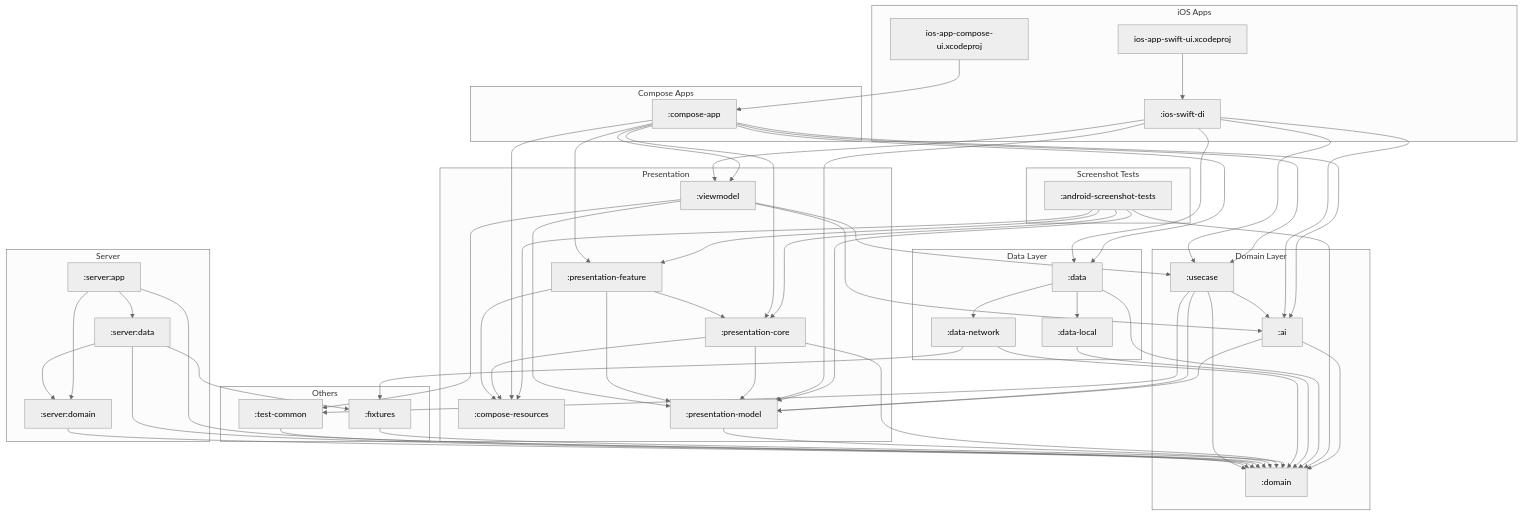
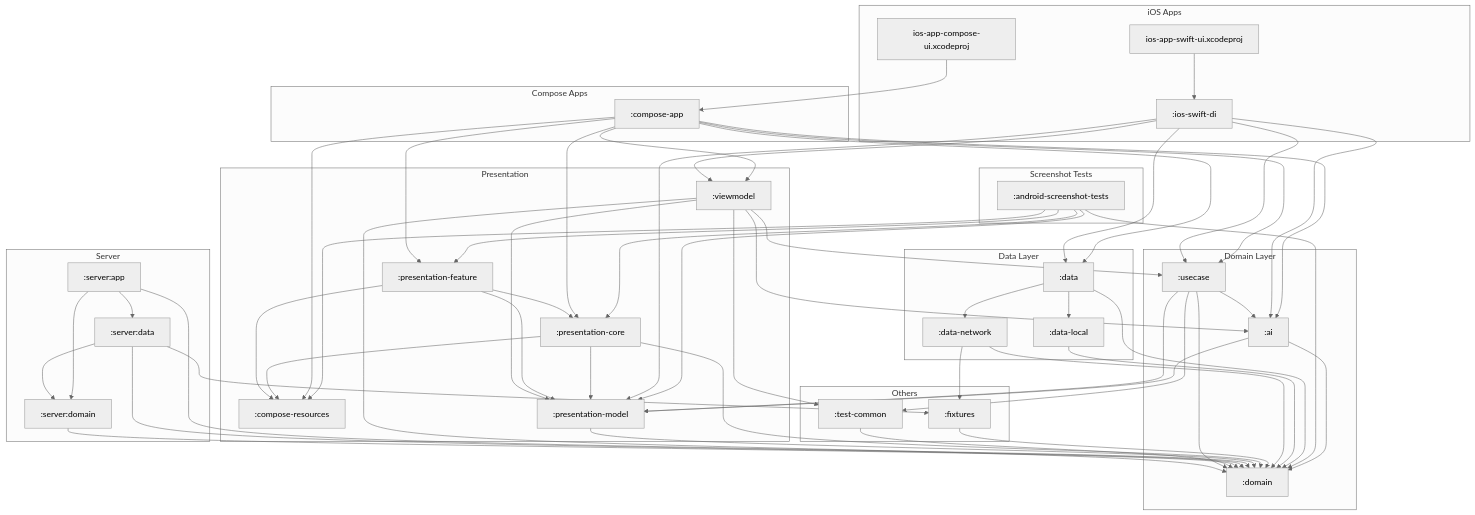
One commit to cartland/battery-butler changed the diagram in docs/diagrams/full_system_structure.mmd. Above: the diagram before and after it, drawn with Mermaid (neutral theme). The commit also changed 4 other files, not shown here.

Commit message:
docs: Auto-update architecture diagrams

```diff
--- a/docs/diagrams/full_system_structure.mmd
+++ b/docs/diagrams/full_system_structure.mmd
@@ -1,116 +1,117 @@
 graph TD
     subgraph "iOS Apps"
         IosSwiftDi[":ios-swift-di"]
         IosAppComposeUi.xcodeproj["ios-app-compose-ui.xcodeproj"]
         IosAppSwiftUi.xcodeproj["ios-app-swift-ui.xcodeproj"]
     end
 
     subgraph "Compose Apps"
         ComposeApp[":compose-app"]
     end
 
     subgraph "Server"
         ServerApp[":server:app"]
         ServerData[":server:data"]
         ServerDomain[":server:domain"]
     end
 
     subgraph "Presentation"
         ComposeResources[":compose-resources"]
         PresentationCore[":presentation-core"]
         PresentationFeature[":presentation-feature"]
         PresentationModel[":presentation-model"]
         Viewmodel[":viewmodel"]
     end
 
     subgraph "Domain Layer"
         Ai[":ai"]
         Domain[":domain"]
         Usecase[":usecase"]
     end
 
     subgraph "Data Layer"
         Data[":data"]
         DataLocal[":data-local"]
         DataNetwork[":data-network"]
     end
 
     subgraph "Screenshot Tests"
         AndroidScreenshotTests[":android-screenshot-tests"]
     end
 
     subgraph "Others"
         Fixtures[":fixtures"]
         TestCommon[":test-common"]
     end
 
     %% Dependencies
     Ai --> Domain
     Ai --> PresentationModel
 
     AndroidScreenshotTests --> ComposeResources
     AndroidScreenshotTests --> Domain
     AndroidScreenshotTests --> PresentationCore
     AndroidScreenshotTests --> PresentationFeature
     AndroidScreenshotTests --> PresentationModel
 
     ComposeApp --> Ai
     ComposeApp --> ComposeResources
     ComposeApp --> Data
     ComposeApp --> PresentationCore
     ComposeApp --> PresentationFeature
     ComposeApp --> Usecase
     ComposeApp --> Viewmodel
 
     Data --> DataLocal
     Data --> DataNetwork
     Data --> Domain
 
     DataLocal --> Domain
 
     DataNetwork --> Domain
     DataNetwork --> Fixtures
 
     Fixtures --> Domain
 
     IosSwiftDi --> Ai
     IosSwiftDi --> Data
     IosSwiftDi --> PresentationModel
     IosSwiftDi --> Usecase
     IosSwiftDi --> Viewmodel
 
     PresentationCore --> ComposeResources
     PresentationCore --> Domain
     PresentationCore --> PresentationModel
 
     PresentationFeature --> ComposeResources
     PresentationFeature --> PresentationCore
     PresentationFeature --> PresentationModel
 
     PresentationModel --> Domain
 
     ServerApp --> Domain
     ServerApp --> ServerData
     ServerApp --> ServerDomain
 
     ServerData --> Domain
     ServerData --> Fixtures
     ServerData --> ServerDomain
 
     ServerDomain --> Domain
 
     TestCommon --> Domain
 
     Usecase --> Ai
     Usecase --> Domain
     Usecase --> PresentationModel
     Usecase --> TestCommon
 
     Viewmodel --> Ai
+    Viewmodel --> Domain
     Viewmodel --> PresentationModel
     Viewmodel --> TestCommon
     Viewmodel --> Usecase
 
     IosAppComposeUi.xcodeproj --> ComposeApp
 
     IosAppSwiftUi.xcodeproj --> IosSwiftDi
```
